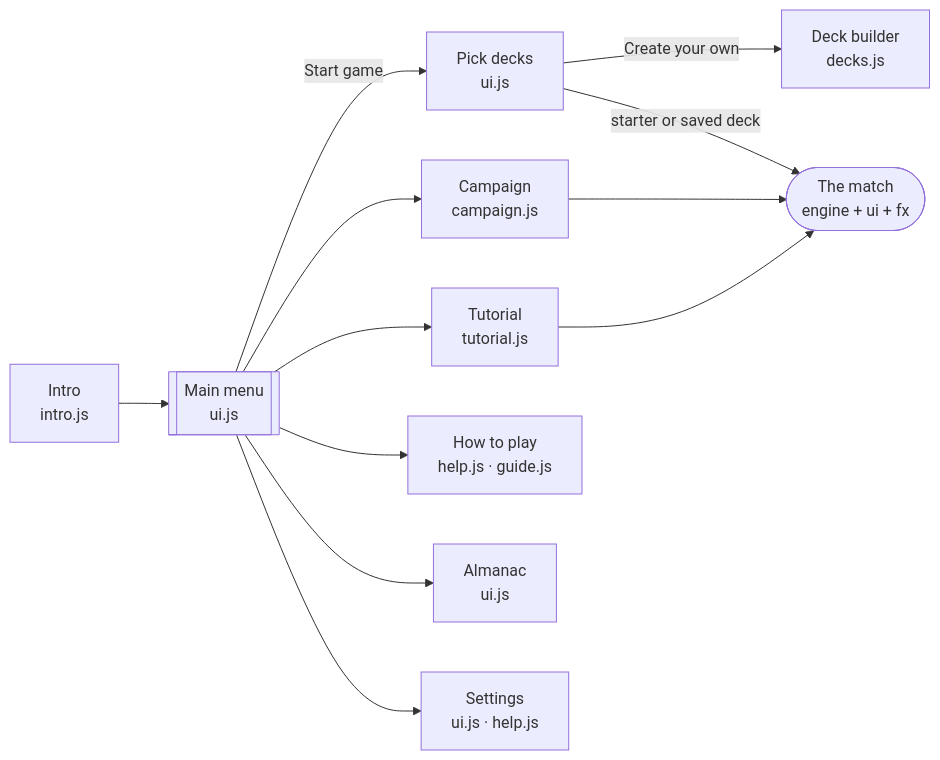
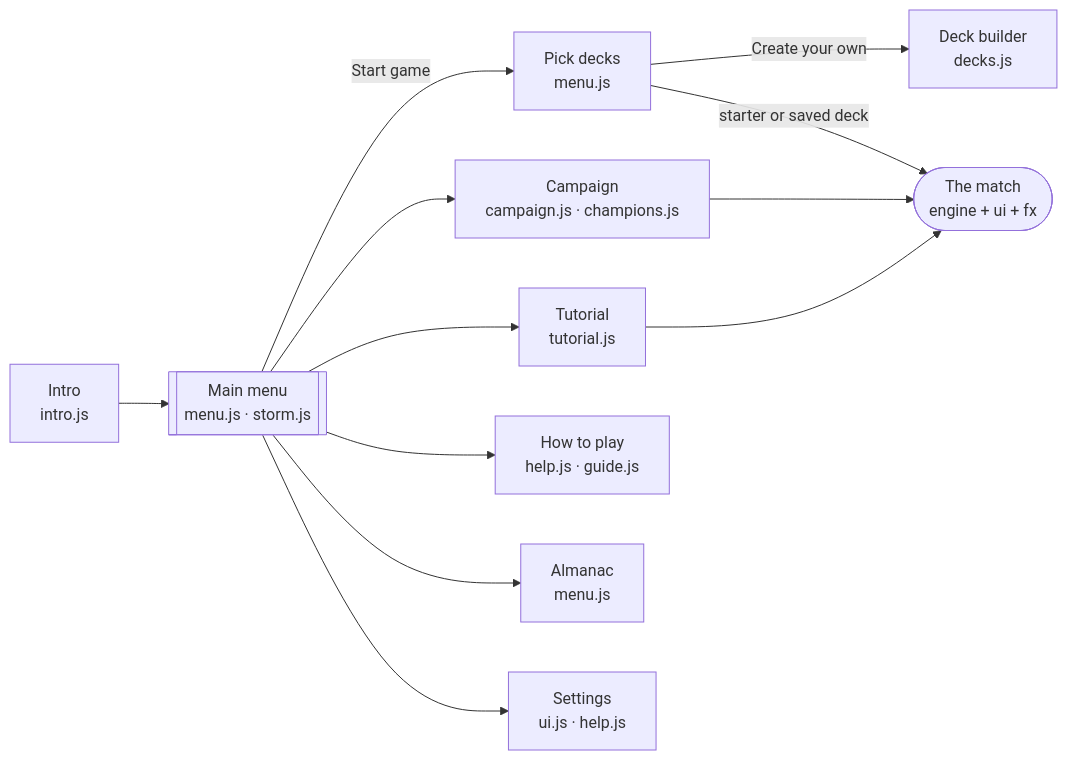
Before and after one commit to dmolloy98-stack-stack/Shardfall_TCG: the third of 3 diagrams in docs/code-map.md, drawn with Mermaid. The commit also changed other lines of this file and 12 other files, not shown here.

````diff
--- a/docs/code-map.md
+++ b/docs/code-map.md
@@ -93,12 +93,12 @@
 ```mermaid
 flowchart LR
-  intro["Intro<br/>intro.js"] --> menu[["Main menu<br/>ui.js"]]
-  menu -->|Start game| pick["Pick decks<br/>ui.js"]
+  intro["Intro<br/>intro.js"] --> menu[["Main menu<br/>menu.js · storm.js"]]
+  menu -->|Start game| pick["Pick decks<br/>menu.js"]
   pick -->|Create your own| builder["Deck builder<br/>decks.js"]
   pick -->|starter or saved deck| match(["The match<br/>engine + ui + fx"])
-  menu --> campaign["Campaign<br/>campaign.js"] --> match
+  menu --> campaign["Campaign<br/>campaign.js · champions.js"] --> match
   menu --> tutorial["Tutorial<br/>tutorial.js"] --> match
   menu --> guide["How to play<br/>help.js · guide.js"]
-  menu --> almanac["Almanac<br/>ui.js"]
+  menu --> almanac["Almanac<br/>menu.js"]
   menu --> settings["Settings<br/>ui.js · help.js"]
 ```
````
